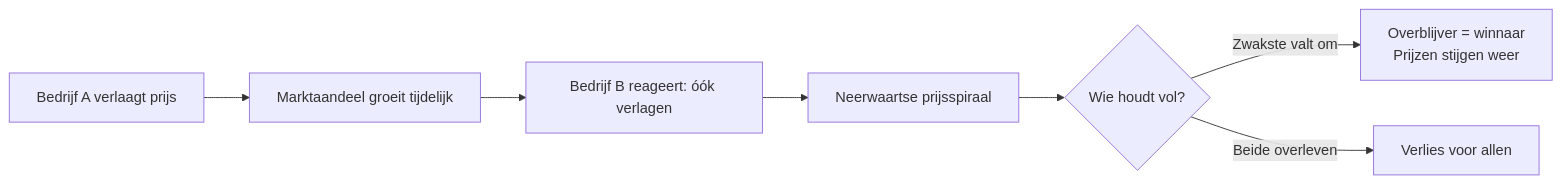
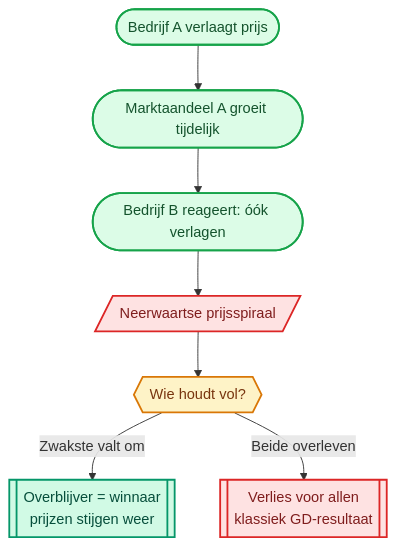
Before and after one commit to ateknol/HAVO-Economie-examen: the fifth of 23 diagrams in Volledige_Samenvatting_H1_H2.md, drawn with Mermaid. The commit also changed other lines of this file and 3 other files, not shown here.

````diff
--- a/Volledige_Samenvatting_H1_H2.md
+++ b/Volledige_Samenvatting_H1_H2.md
@@ -290,9 +360,20 @@
 ```mermaid
-flowchart LR
-    A["Bedrijf A verlaagt prijs"] --> B["Marktaandeel groeit tijdelijk"]
-    B --> C["Bedrijf B reageert: óók verlagen"]
-    C --> D["Neerwaartse prijsspiraal"]
-    D --> E{"Wie houdt vol?"}
-    E -->|"Zwakste valt om"| F["Overblijver = winnaar<br/>Prijzen stijgen weer"]
-    E -->|"Beide overleven"| G["Verlies voor allen"]
+flowchart TD
+    A(["Bedrijf A verlaagt prijs"]) --> B(["Marktaandeel A groeit tijdelijk"])
+    B --> C(["Bedrijf B reageert: óók verlagen"])
+    C --> D[/"Neerwaartse prijsspiraal"/]
+    D --> Q{{"Wie houdt vol?"}}
+    Q -->|"Zwakste valt om"| F[["Overblijver = winnaar<br/>prijzen stijgen weer"]]
+    Q -->|"Beide overleven"| G[["Verlies voor allen<br/>klassiek GD-resultaat"]]
+
+    classDef proces fill:#dcfce7,stroke:#16a34a,stroke-width:2px,color:#14532d
+    classDef vraag fill:#fef3c7,stroke:#d97706,stroke-width:2px,color:#78350f
+    classDef fout fill:#fee2e2,stroke:#dc2626,stroke-width:2px,color:#7f1d1d
+    classDef goed fill:#d1fae5,stroke:#059669,stroke-width:2px,color:#064e3b
+
+    class A,B,C proces
+    class D fout
+    class Q vraag
+    class F goed
+    class G fout
 ```
````
